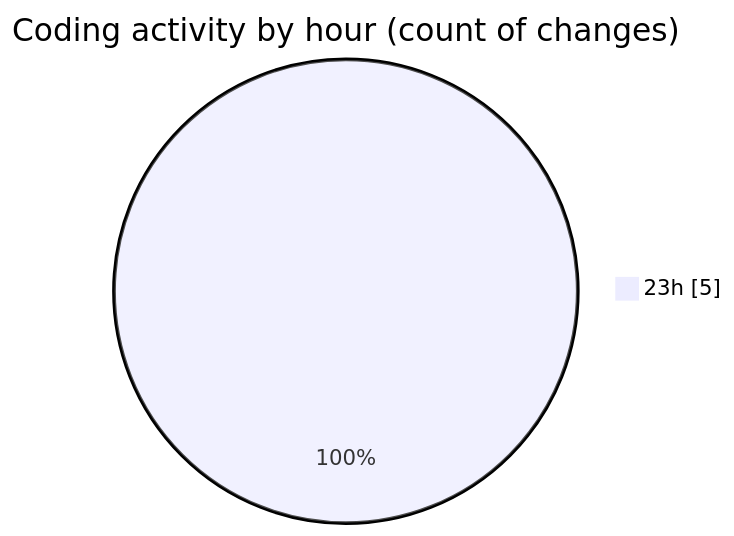
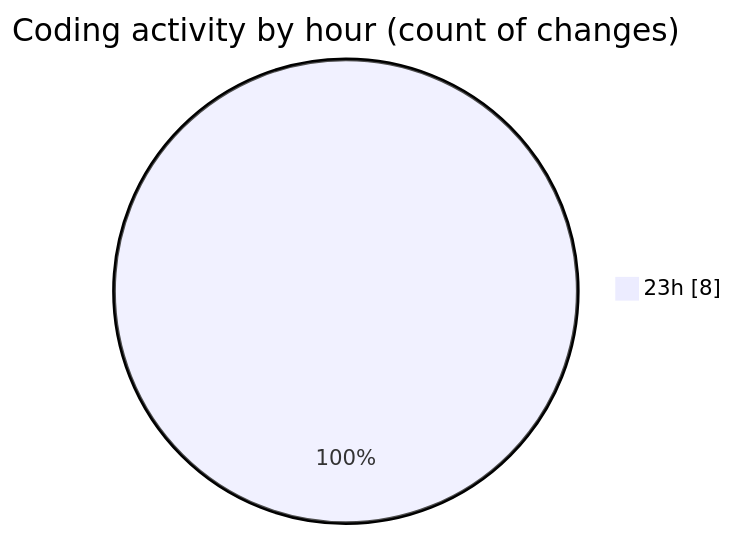
One commit to BS-eng2023/code-tracking changed the second of 2 diagrams in 2025-03-23/aufgabe_250321/README.md. Above: the diagram before and after it, drawn with Mermaid. The commit also changed other lines of this file and 1 other file, not shown here.

````diff
--- a/2025-03-23/aufgabe_250321/README.md
+++ b/2025-03-23/aufgabe_250321/README.md
@@ -30,5 +31,5 @@
 ```mermaid
 pie showData
 title Coding activity by hour (count of changes)
-"23h" : 5
+"23h" : 8
 ```
````
